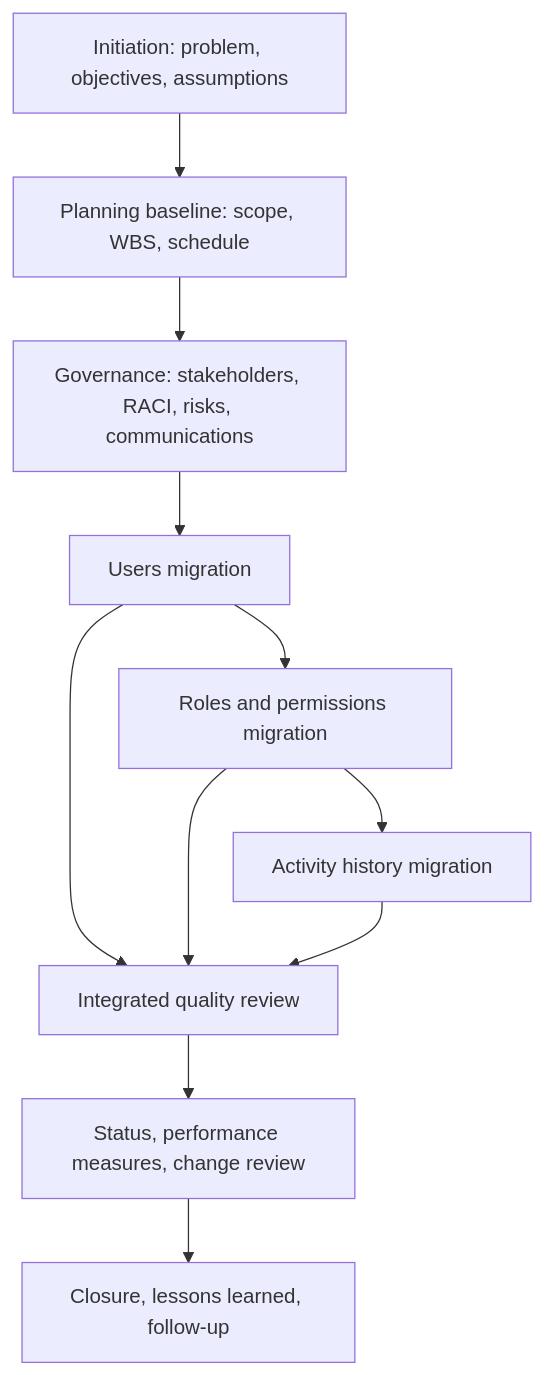
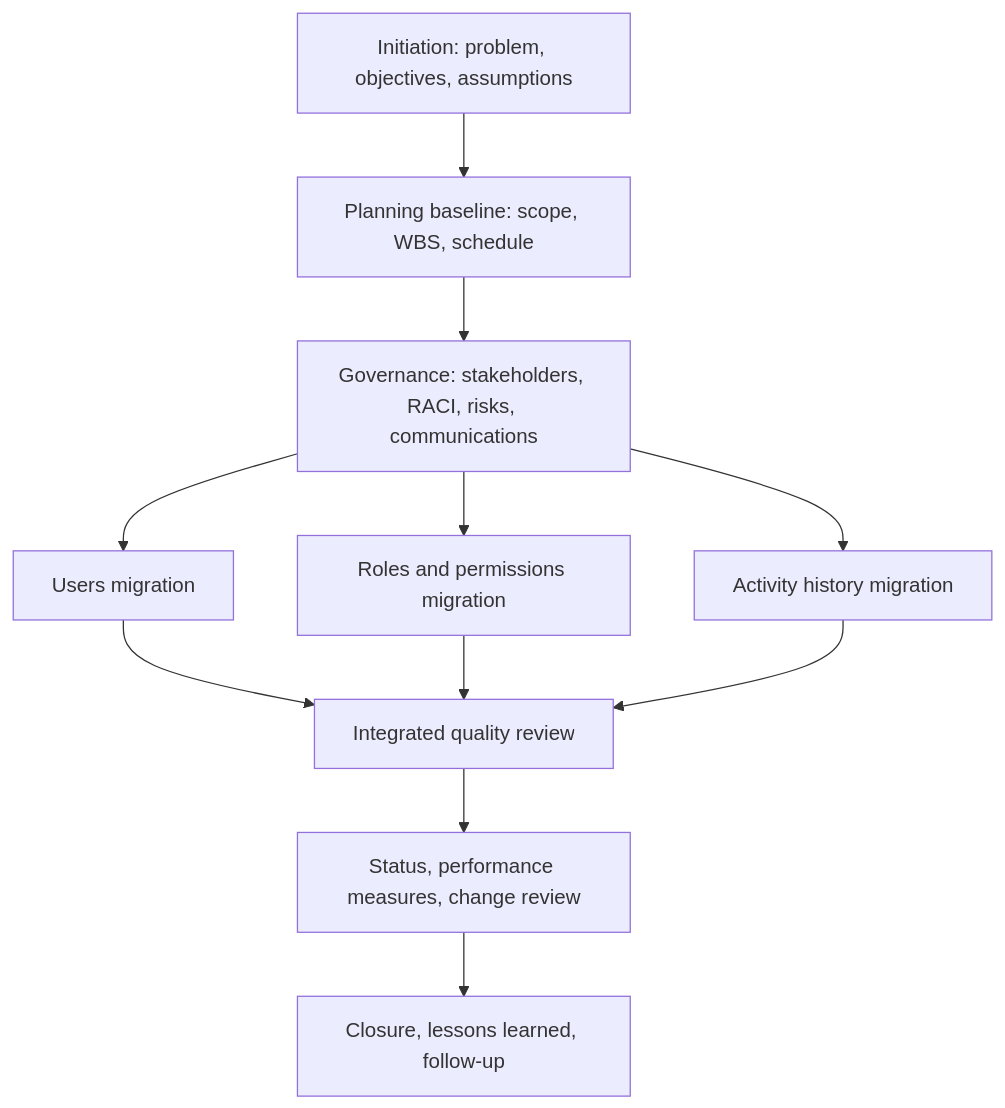
The first of 2 diagrams in docs/17-delivery-map.md (agustiininicabral/data-migration-project-management), drawn with Mermaid before and after one commit. The commit also changed other lines of this file, not shown here.

````diff
--- a/docs/17-delivery-map.md
+++ b/docs/17-delivery-map.md
@@ -5,13 +9,13 @@
 ```mermaid
 flowchart TD
     A[Initiation: problem, objectives, assumptions] --> B[Planning baseline: scope, WBS, schedule]
     B --> C[Governance: stakeholders, RACI, risks, communications]
     C --> D[Users migration]
-    D --> E[Roles and permissions migration]
-    E --> F[Activity history migration]
+    C --> E[Roles and permissions migration]
+    C --> F[Activity history migration]
     D --> G[Integrated quality review]
     E --> G
     F --> G
     G --> H[Status, performance measures, change review]
     H --> I[Closure, lessons learned, follow-up]
 ```
````
